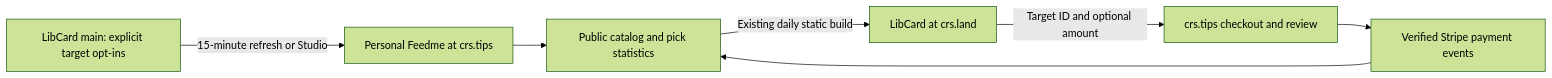
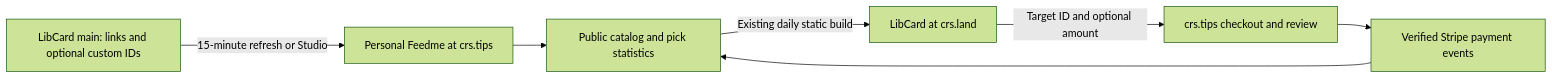
One commit to crs48/feedme changed the diagram in docs/libcard-activation.md. Above: the diagram before and after it, drawn with Mermaid (forest theme). The commit also changed other lines of this file and 22 other files, not shown here.

````diff
--- a/docs/libcard-activation.md
+++ b/docs/libcard-activation.md
@@ -16,9 +16,9 @@
 ```mermaid
 flowchart LR
-  Source[LibCard main: explicit target opt-ins] -->|15-minute refresh or Studio| Feedme[Personal Feedme at crs.tips]
+  Source[LibCard main: links and optional custom IDs] -->|15-minute refresh or Studio| Feedme[Personal Feedme at crs.tips]
   Feedme --> API[Public catalog and pick statistics]
   API -->|Existing daily static build| Card[LibCard at crs.land]
   Card -->|Target ID and optional amount| Checkout[crs.tips checkout and review]
   Checkout --> Payment[Verified Stripe payment events]
   Payment --> API
 ```
````
